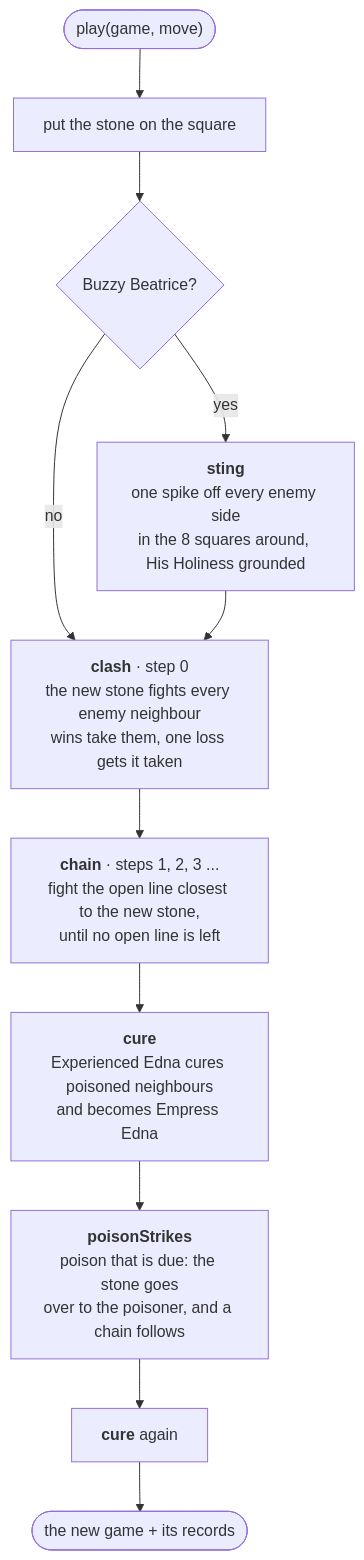
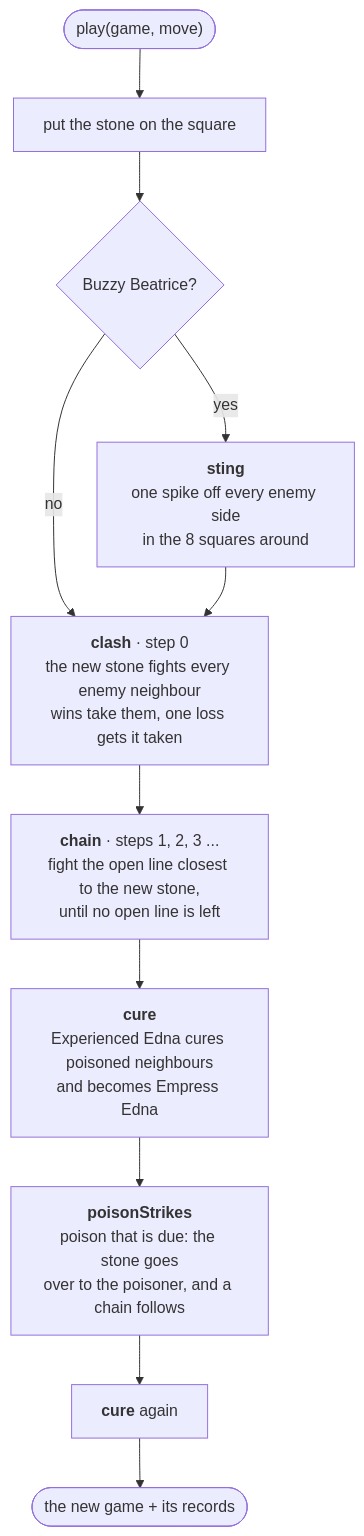
Before and after one commit to louisvandenbruwaene/rook-like: the third of 8 diagrams in README.md, drawn with Mermaid. The commit also changed other lines of this file and 18 other files, not shown here.

First line of the commit message:
Rook-like: His Hovering Holiness is gone; Buzzy Beatrice's swarm no longer grounds anyone

````diff
--- a/README.md
+++ b/README.md
@@ -165,13 +163,13 @@
 ```mermaid
 flowchart TD
     start(["play(game, move)"]) --> place["put the stone on the square"]
     place --> bee{"Buzzy Beatrice?"}
-    bee -- yes --> sting["<b>sting</b><br/>one spike off every enemy side<br/>in the 8 squares around, His Holiness grounded"]
+    bee -- yes --> sting["<b>sting</b><br/>one spike off every enemy side<br/>in the 8 squares around"]
     bee -- no --> clash
     sting --> clash["<b>clash</b> · step 0<br/>the new stone fights every enemy neighbour<br/>wins take them, one loss gets it taken"]
     clash --> chain["<b>chain</b> · steps 1, 2, 3 ...<br/>fight the open line closest to the new stone,<br/>until no open line is left"]
     chain --> cure1["<b>cure</b><br/>Experienced Edna cures poisoned neighbours<br/>and becomes Empress Edna"]
     cure1 --> poison["<b>poisonStrikes</b><br/>poison that is due: the stone goes<br/>over to the poisoner, and a chain follows"]
     poison --> cure2["<b>cure</b> again"]
     cure2 --> done(["the new game + its records"])
 ```
````
